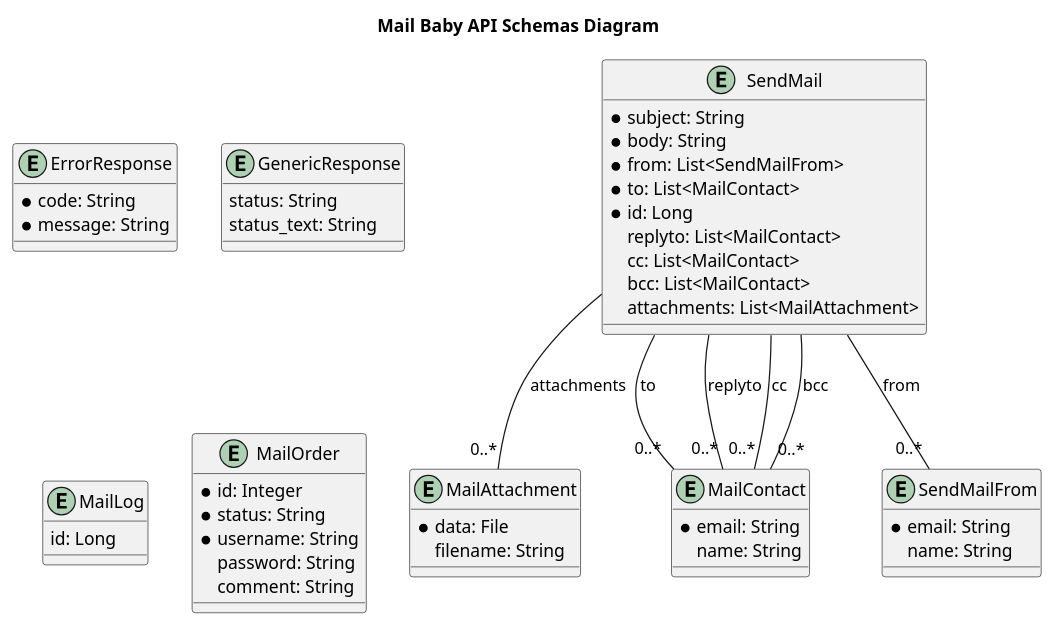
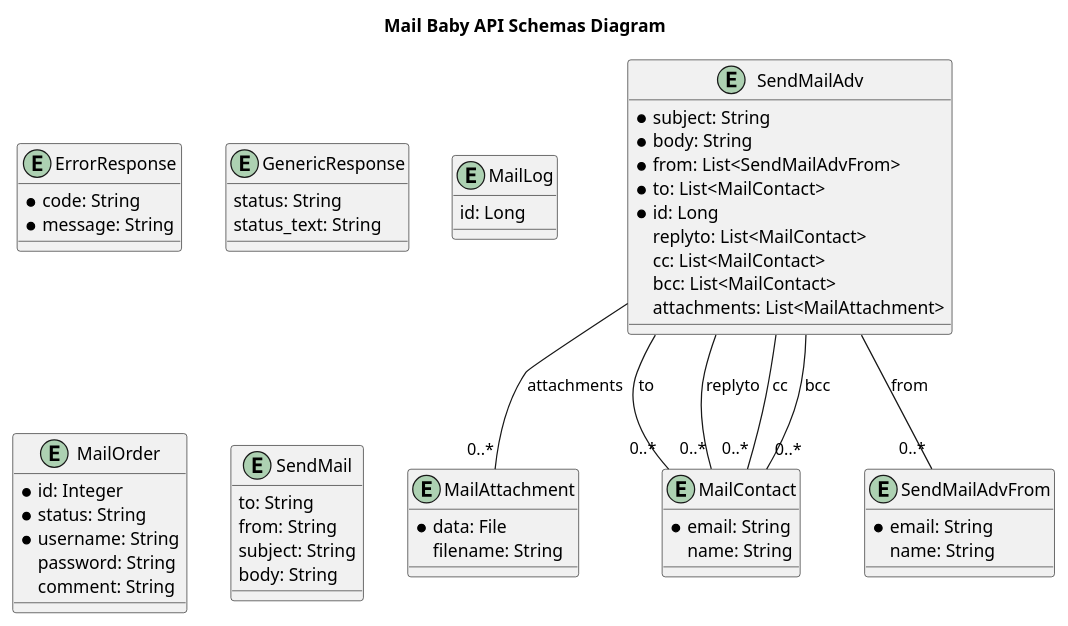
The diagram in openapi-documentation/plantuml/schemas.plantuml (interserver/mailbaby-api-samples), drawn with PlantUML before and after one commit. The commit also changed 1131 other files, not shown here.

```diff
--- a/openapi-documentation/plantuml/schemas.plantuml
+++ b/openapi-documentation/plantuml/schemas.plantuml
@@ -1,62 +1,69 @@
 @startuml
 
 title Mail Baby API Schemas Diagram
 
 entity ErrorResponse { 
     * code: String
     * message: String
 }
 
 entity GenericResponse { 
     status: String
     status_text: String
 }
 
 entity MailAttachment { 
     * data: File
     filename: String
 }
 
 entity MailContact { 
     * email: String
     name: String
 }
 
 entity MailLog { 
     id: Long
 }
 
 entity MailOrder { 
     * id: Integer
     * status: String
     * username: String
     password: String
     comment: String
 }
 
 entity SendMail { 
+    to: String
+    from: String
+    subject: String
+    body: String
+}
+
+entity SendMailAdv { 
     * subject: String
     * body: String
-    * from: List<SendMailFrom>
+    * from: List<SendMailAdvFrom>
     * to: List<MailContact>
     * id: Long
     replyto: List<MailContact>
     cc: List<MailContact>
     bcc: List<MailContact>
     attachments: List<MailAttachment>
 }
 
-entity SendMailFrom { 
+entity SendMailAdvFrom { 
     * email: String
     name: String
 }
 
 
-SendMail -- "0..*" SendMailFrom : from
-SendMail -- "0..*" MailContact : to
-SendMail -- "0..*" MailContact : replyto
-SendMail -- "0..*" MailContact : cc
-SendMail -- "0..*" MailContact : bcc
-SendMail -- "0..*" MailAttachment : attachments
+SendMailAdv -- "0..*" SendMailAdvFrom : from
+SendMailAdv -- "0..*" MailContact : to
+SendMailAdv -- "0..*" MailContact : replyto
+SendMailAdv -- "0..*" MailContact : cc
+SendMailAdv -- "0..*" MailContact : bcc
+SendMailAdv -- "0..*" MailAttachment : attachments
 
 @enduml
```
